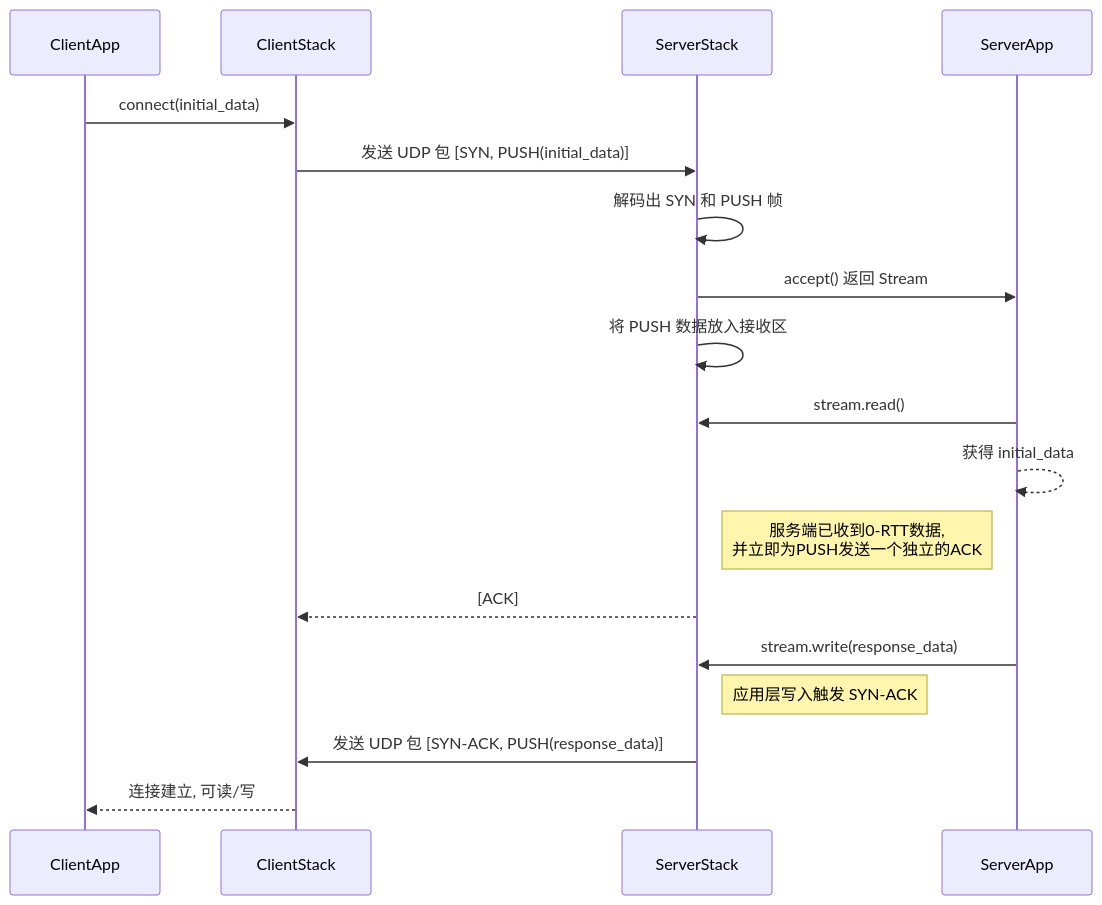
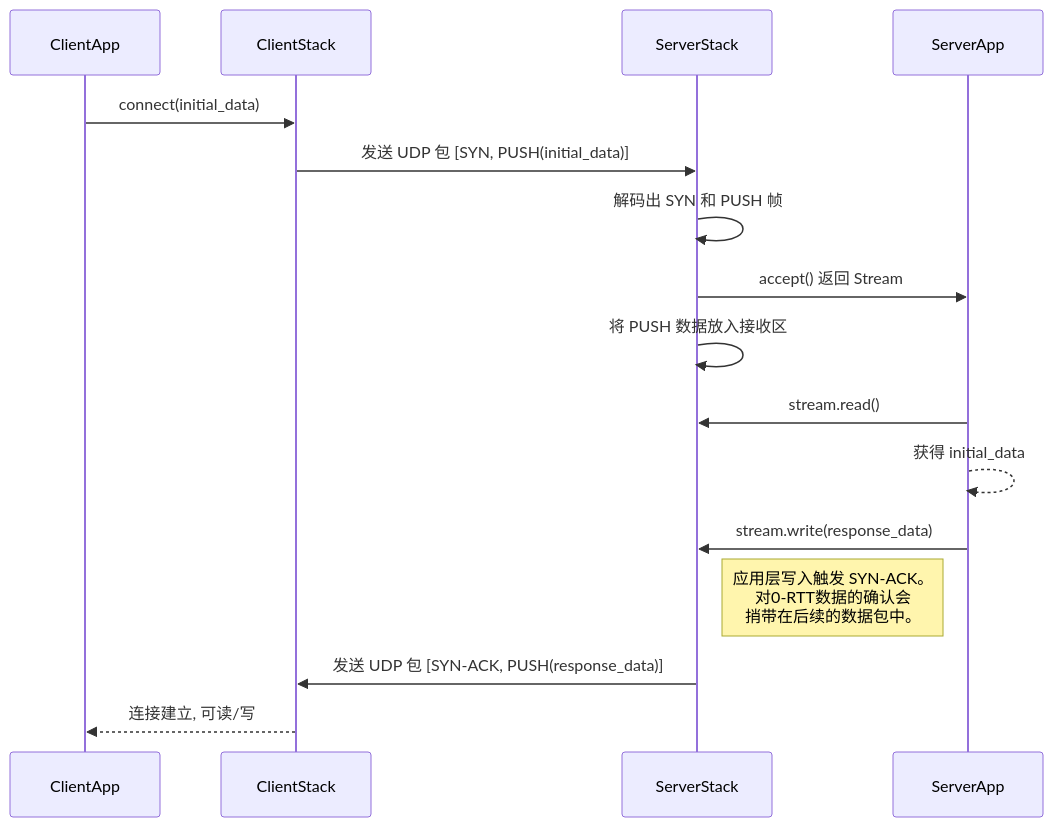
Before and after one commit to ShaoG-R/kestrel-protocol: the first of 2 diagrams in docs/src/features/02-core-protocol/04-connection-lifecycle.md, drawn with Mermaid. The commit also changed other lines of this file and 2 other files, not shown here.

Commit message:
更新连接生命周期文档，明确0-RTT数据处理逻辑，优化ACK帧发送策略，确保在特定状态下不立即发送独立ACK。同时重构相关代码，提升连接效率。新增测试用例以验证0-RTT和1-RTT握手的正确性，增强代码的可靠性。

````diff
--- a/docs/src/features/02-core-protocol/04-connection-lifecycle.md
+++ b/docs/src/features/02-core-protocol/04-connection-lifecycle.md
@@ -17,25 +17,22 @@
 ```mermaid
 sequenceDiagram
     participant ClientApp
     participant ClientStack
     participant ServerStack
     participant ServerApp
 
     ClientApp->>ClientStack: connect(initial_data)
     ClientStack->>ServerStack: 发送 UDP 包 [SYN, PUSH(initial_data)]
 
     ServerStack->>ServerStack: 解码出 SYN 和 PUSH 帧
     ServerStack->>ServerApp: accept() 返回 Stream
     ServerStack->>ServerStack: 将 PUSH 数据放入接收区
     ServerApp->>ServerStack: stream.read()
     ServerApp-->>ServerApp: 获得 initial_data
 
-    Note right of ServerStack: 服务端已收到0-RTT数据, <br/>并立即为PUSH发送一个独立的ACK
-    ServerStack-->>ClientStack: [ACK]
-
     ServerApp->>ServerStack: stream.write(response_data)
-    Note right of ServerStack: 应用层写入触发 SYN-ACK
+    Note right of ServerStack: 应用层写入触发 SYN-ACK。<br/>对0-RTT数据的确认会<br/>捎带在后续的数据包中。
     ServerStack->>ClientStack: 发送 UDP 包 [SYN-ACK, PUSH(response_data)]
 
     ClientStack-->>ClientApp: 连接建立, 可读/写
 ```
````
